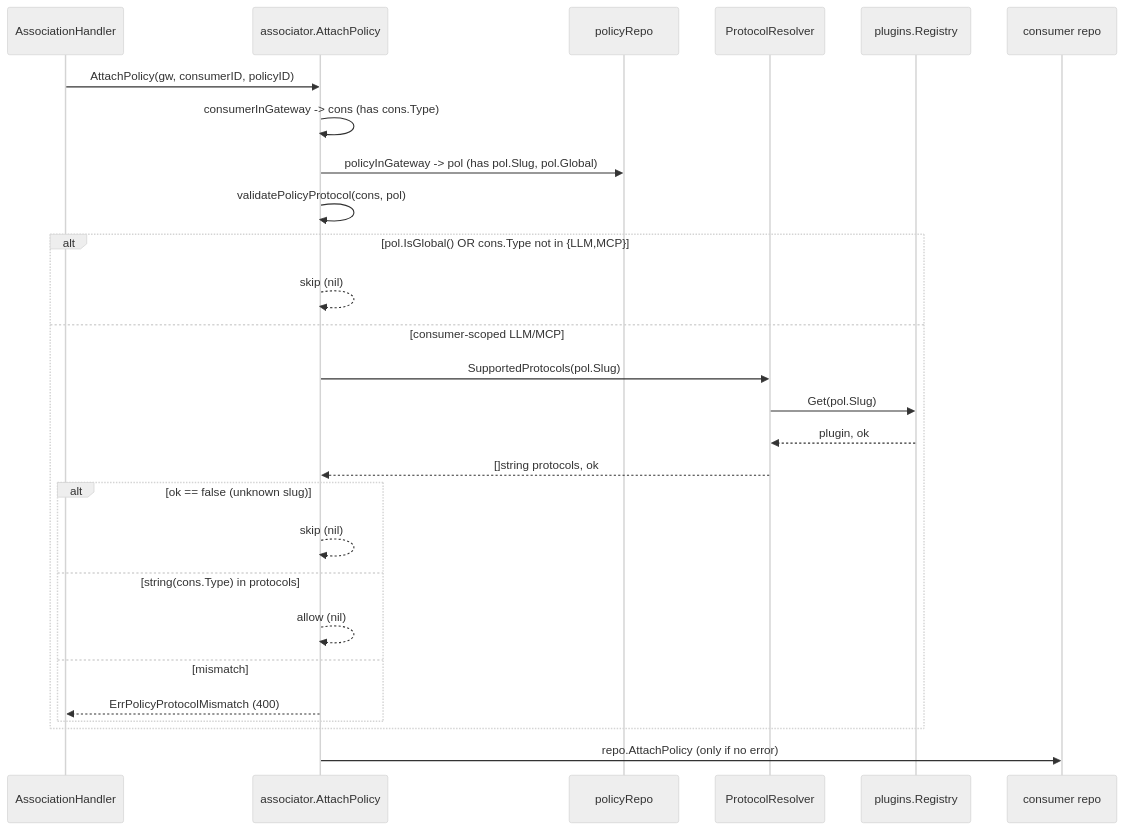
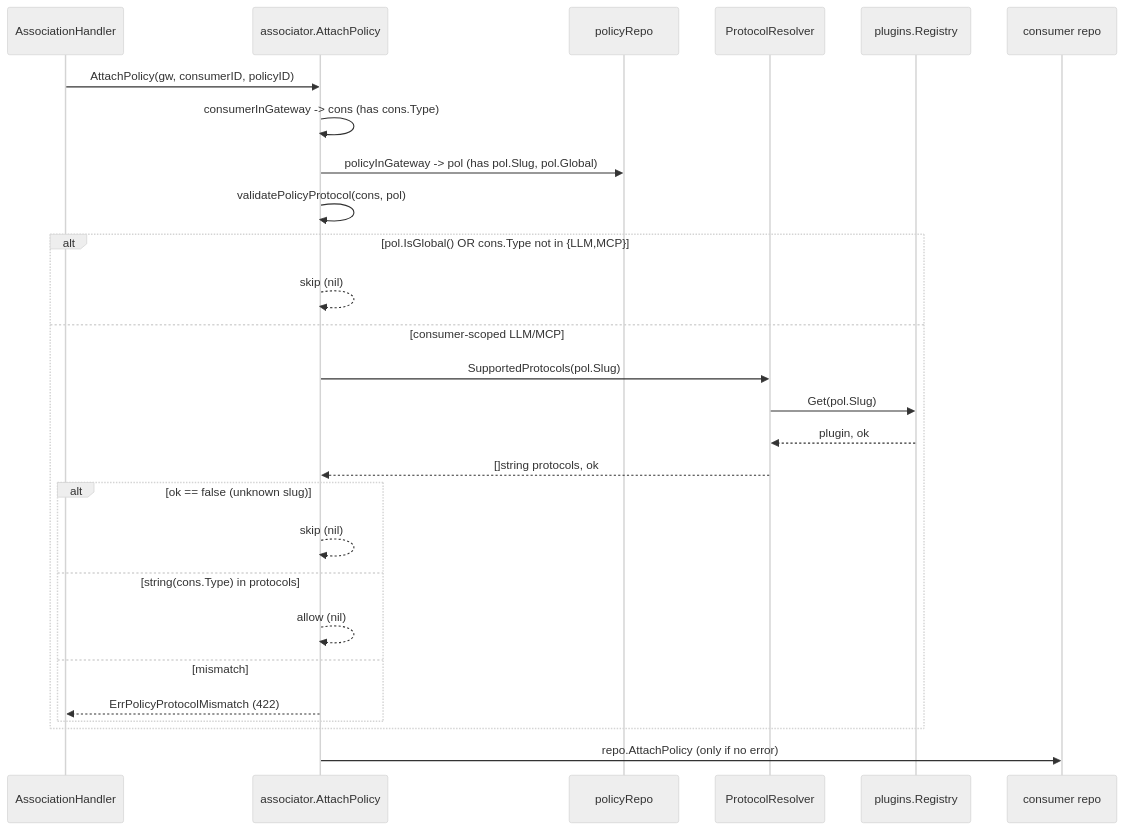
One commit to NeuralTrust/TrustGate changed the diagram in docs/sdd/supported-protocols/design.md. Above: the diagram before and after it, drawn with Mermaid (neutral theme). The commit also changed other lines of this file and 9 other files, not shown here.

First line of the commit message:
feat(consumer): validate plugin protocol on policy attach (RUN-966)

````diff
--- a/docs/sdd/supported-protocols/design.md
+++ b/docs/sdd/supported-protocols/design.md
@@ -415,30 +416,30 @@
 ```mermaid
 sequenceDiagram
     participant H as AssociationHandler
     participant A as associator.AttachPolicy
     participant PR as policyRepo
     participant R as ProtocolResolver
     participant Reg as plugins.Registry
     participant Repo as consumer repo
 
     H->>A: AttachPolicy(gw, consumerID, policyID)
     A->>A: consumerInGateway -> cons (has cons.Type)
     A->>PR: policyInGateway -> pol (has pol.Slug, pol.Global)
     A->>A: validatePolicyProtocol(cons, pol)
     alt pol.IsGlobal() OR cons.Type not in {LLM,MCP}
         A-->>A: skip (nil)
     else consumer-scoped LLM/MCP
         A->>R: SupportedProtocols(pol.Slug)
         R->>Reg: Get(pol.Slug)
         Reg-->>R: plugin, ok
         R-->>A: []string protocols, ok
         alt ok == false (unknown slug)
             A-->>A: skip (nil)
         else string(cons.Type) in protocols
             A-->>A: allow (nil)
         else mismatch
-            A-->>H: ErrPolicyProtocolMismatch (400)
+            A-->>H: ErrPolicyProtocolMismatch (422)
         end
     end
     A->>Repo: repo.AttachPolicy (only if no error)
 ```
````
